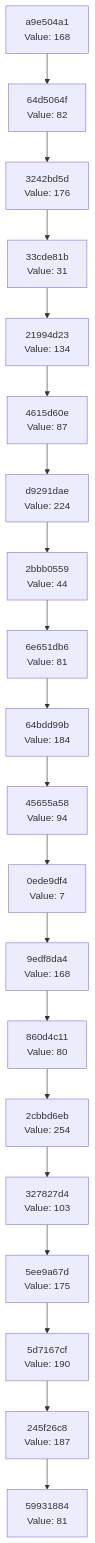
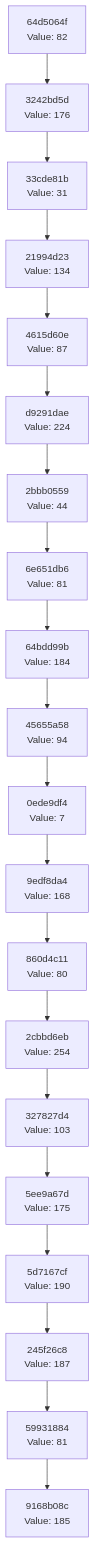
Before and after one commit to Abhisheksinha1506/hash-chain-evolver: the diagram in docs/CHAIN_VISUALIZATION.md, drawn with Mermaid. The commit also changed 1 other file, not shown here.

Commit message:
Evolution Step

````diff
--- a/docs/CHAIN_VISUALIZATION.md
+++ b/docs/CHAIN_VISUALIZATION.md
@@ -3,42 +3,42 @@
 ```mermaid
 graph TD
-    C0["59931884<br/>Value: 81"]
-    C1["245f26c8<br/>Value: 187"]
+    C0["9168b08c<br/>Value: 185"]
+    C1["59931884<br/>Value: 81"]
     C1 --> C0
-    C2["5d7167cf<br/>Value: 190"]
+    C2["245f26c8<br/>Value: 187"]
     C2 --> C1
-    C3["5ee9a67d<br/>Value: 175"]
+    C3["5d7167cf<br/>Value: 190"]
     C3 --> C2
-    C4["327827d4<br/>Value: 103"]
+    C4["5ee9a67d<br/>Value: 175"]
     C4 --> C3
-    C5["2cbbd6eb<br/>Value: 254"]
+    C5["327827d4<br/>Value: 103"]
     C5 --> C4
-    C6["860d4c11<br/>Value: 80"]
+    C6["2cbbd6eb<br/>Value: 254"]
     C6 --> C5
-    C7["9edf8da4<br/>Value: 168"]
+    C7["860d4c11<br/>Value: 80"]
     C7 --> C6
-    C8["0ede9df4<br/>Value: 7"]
+    C8["9edf8da4<br/>Value: 168"]
     C8 --> C7
-    C9["45655a58<br/>Value: 94"]
+    C9["0ede9df4<br/>Value: 7"]
     C9 --> C8
-    C10["64bdd99b<br/>Value: 184"]
+    C10["45655a58<br/>Value: 94"]
     C10 --> C9
-    C11["6e651db6<br/>Value: 81"]
+    C11["64bdd99b<br/>Value: 184"]
     C11 --> C10
-    C12["2bbb0559<br/>Value: 44"]
+    C12["6e651db6<br/>Value: 81"]
     C12 --> C11
-    C13["d9291dae<br/>Value: 224"]
+    C13["2bbb0559<br/>Value: 44"]
     C13 --> C12
-    C14["4615d60e<br/>Value: 87"]
+    C14["d9291dae<br/>Value: 224"]
     C14 --> C13
-    C15["21994d23<br/>Value: 134"]
+    C15["4615d60e<br/>Value: 87"]
     C15 --> C14
-    C16["33cde81b<br/>Value: 31"]
+    C16["21994d23<br/>Value: 134"]
     C16 --> C15
-    C17["3242bd5d<br/>Value: 176"]
+    C17["33cde81b<br/>Value: 31"]
     C17 --> C16
-    C18["64d5064f<br/>Value: 82"]
+    C18["3242bd5d<br/>Value: 176"]
     C18 --> C17
-    C19["a9e504a1<br/>Value: 168"]
+    C19["64d5064f<br/>Value: 82"]
     C19 --> C18
 ```
````
